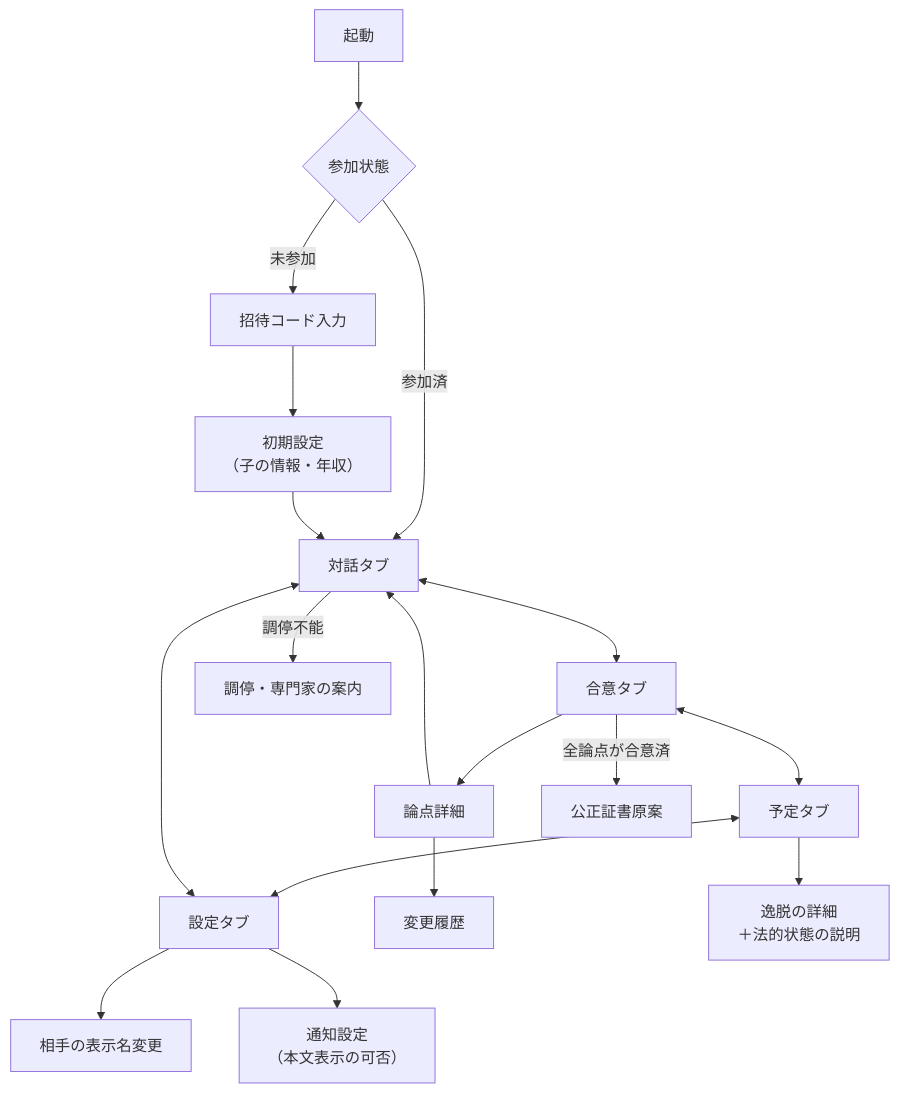
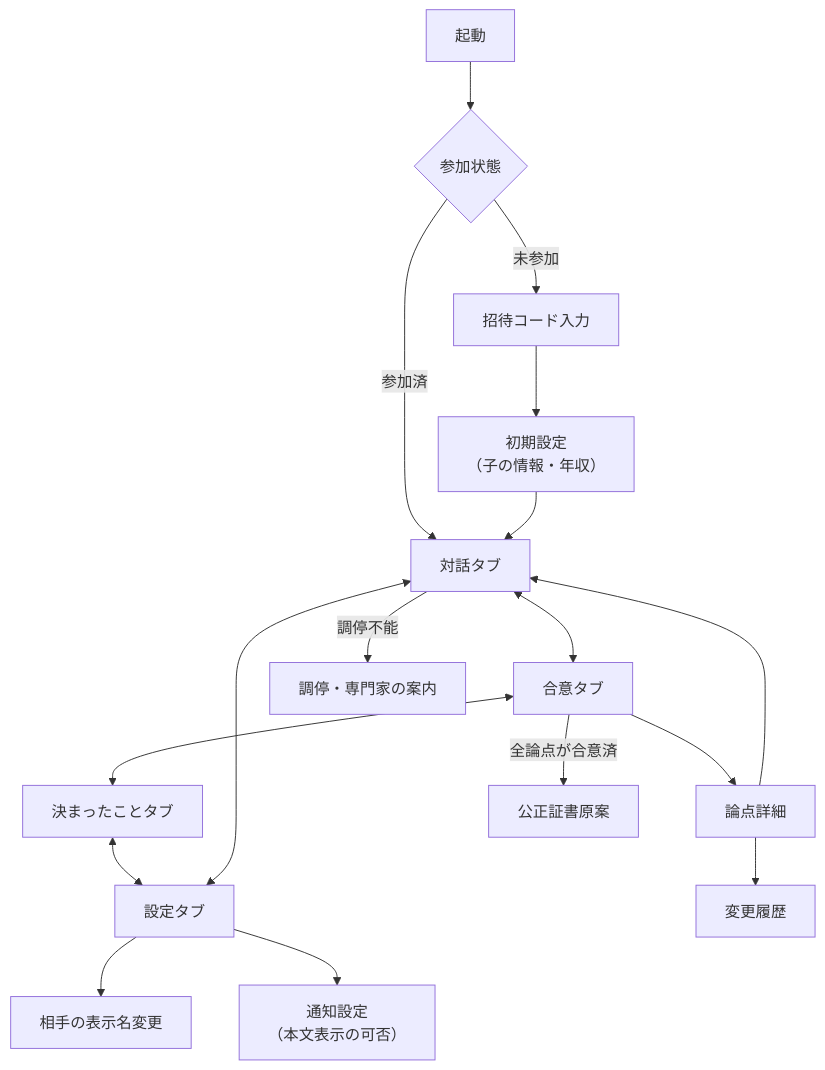
Before and after one commit to sugimomoto/AIHack: diagram 15 of 15 in docs/functional-design.md, drawn with Mermaid. The commit also changed other lines of this file and 4 other files, not shown here.

````diff
--- a/docs/functional-design.md
+++ b/docs/functional-design.md
@@ -1422,26 +1488,26 @@
 ```mermaid
 graph TD
     START["起動"] --> AUTH{"参加状態"}
     AUTH -->|"未参加"| INVITE["招待コード入力"]
     AUTH -->|"参加済"| CHAT
 
     INVITE --> SETUP["初期設定<br/>（子の情報・年収）"]
     SETUP --> CHAT
 
     CHAT["対話タブ"] <--> AGREE["合意タブ"]
-    AGREE <--> SCHED["予定タブ"]
+    AGREE <--> SCHED["決まったことタブ"]
     SCHED <--> CONF["設定タブ"]
     CONF <--> CHAT
 
     AGREE --> DETAIL["論点詳細"]
     DETAIL --> HIST["変更履歴"]
     DETAIL --> CHAT
     AGREE -->|"全論点が合意済"| DOC["公正証書原案"]
 
-    SCHED --> DEV["逸脱の詳細<br/>＋法的状態の説明"]
+    %% ★ 逸脱の詳細画面はやめた（§5.6）
 
     CHAT -->|"調停不能"| ESC["調停・専門家の案内"]
 
     CONF --> RENAME["相手の表示名変更"]
     CONF --> NOTIF["通知設定<br/>（本文表示の可否）"]
 ```
````
